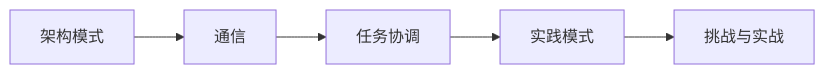
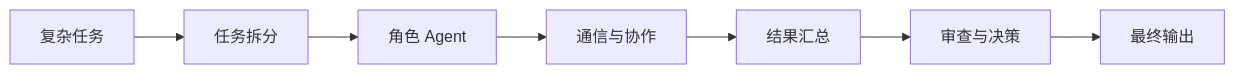
Before and after one commit to oudbiao/AI-fullstack-course: the first of 3 diagrams in docs/stage9/ch07-multi-agent/00-roadmap.md, drawn with Mermaid. The commit also changed other lines of this file and 95 other files, not shown here.

````diff
--- a/docs/stage9/ch07-multi-agent/00-roadmap.md
+++ b/docs/stage9/ch07-multi-agent/00-roadmap.md
@@ -16,7 +20,9 @@
 ```mermaid
 flowchart LR
-    A["架构模式"] --> B["通信"]
-    B --> C["任务协调"]
-    C --> D["实践模式"]
-    D --> E["挑战与实战"]
+  A[复杂任务] --> B[任务拆分]
+  B --> C[角色 Agent]
+  C --> D[通信与协作]
+  D --> E[结果汇总]
+  E --> F[审查与决策]
+  F --> G[最终输出]
 ```
````
